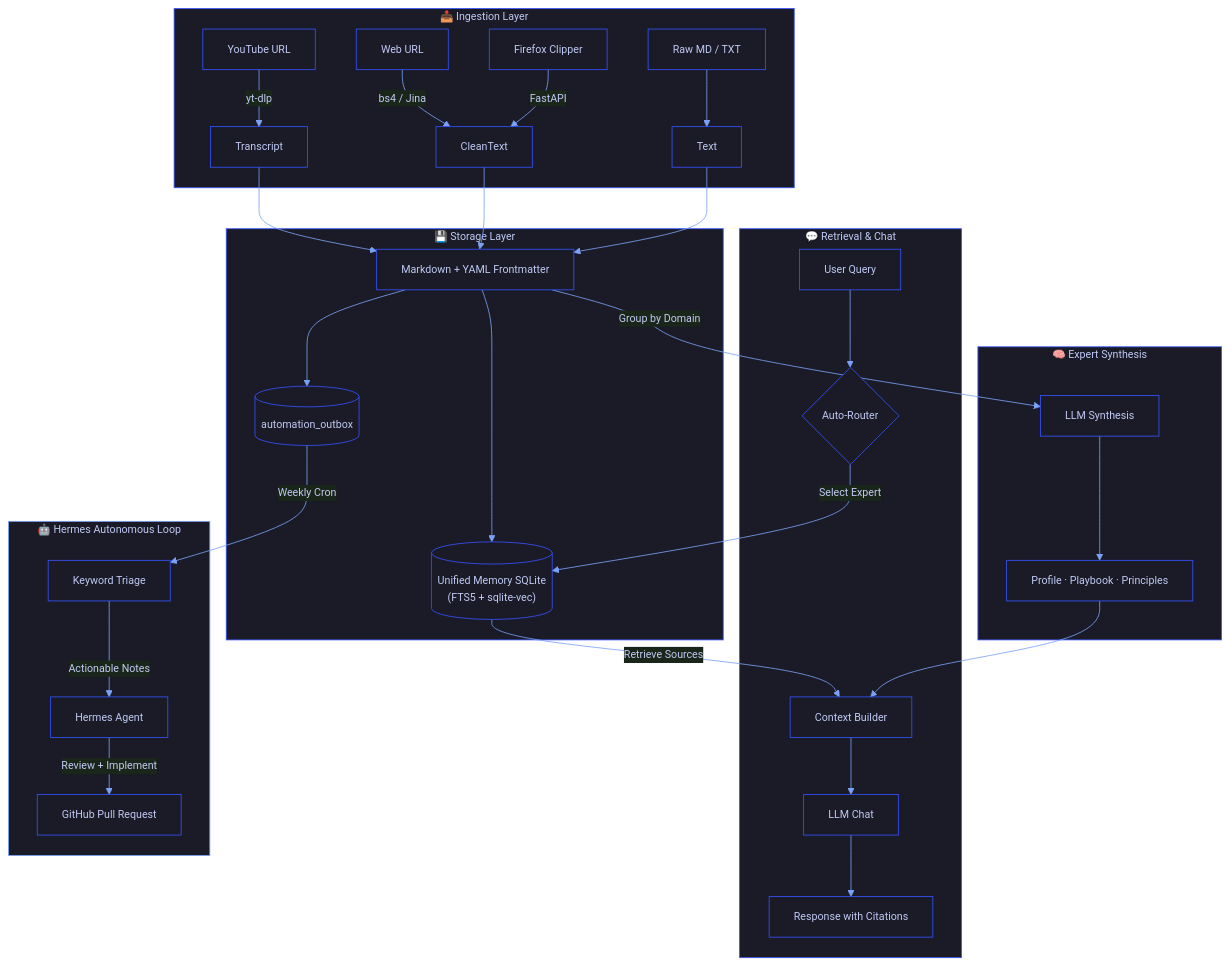
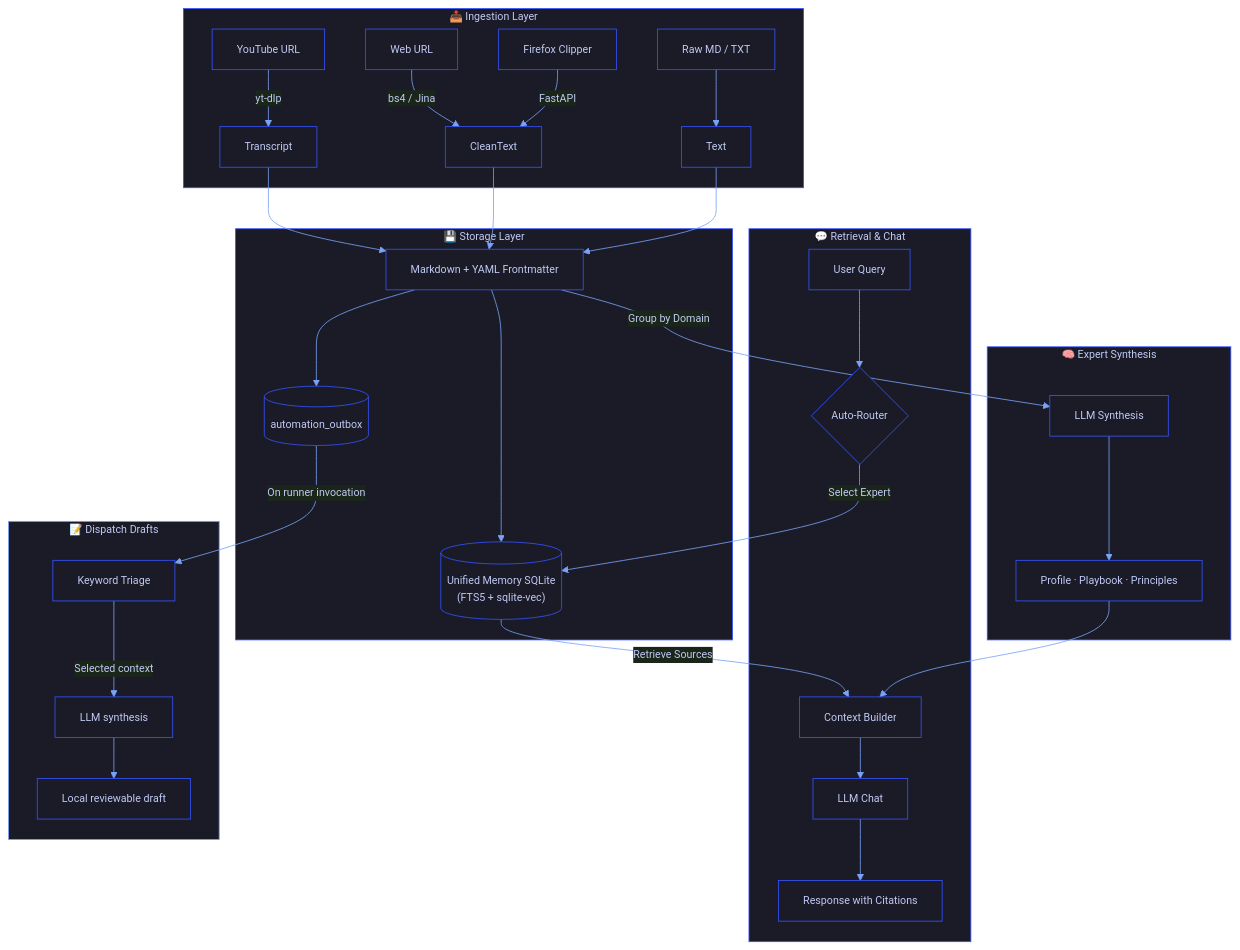
One commit to s-mberli/LifeOS changed the diagram in README.md. Above: the diagram before and after it, drawn with Mermaid. The commit also changed other lines of this file and 39 other files, not shown here.

````diff
--- a/README.md
+++ b/README.md
@@ -106,44 +88,44 @@
 ```mermaid
 %%{init: {'theme':'base','themeVariables':{'primaryColor':'#1a1b26','primaryTextColor':'#c0caf5','primaryBorderColor':'#3553ff','lineColor':'#7aa2f7','fontFamily':'monospace','fontSize':'13px'}}}%%
 flowchart TB
     subgraph Ingestion["📥 Ingestion Layer"]
         YT["YouTube URL"] --> |yt-dlp| Transcript
         Web["Web URL"] --> |bs4 / Jina| CleanText
         Clip["Firefox Clipper"] --> |FastAPI| CleanText
         Raw["Raw MD / TXT"] --> Text
     end
 
     subgraph Storage["💾 Storage Layer"]
         Transcript --> MD["Markdown + YAML Frontmatter"]
         CleanText --> MD
         Text --> MD
         MD --> DB[("Unified Memory SQLite<br>(FTS5 + sqlite-vec)")]
         MD --> Outbox[("automation_outbox")]
     end
 
     subgraph Experts["🧠 Expert Synthesis"]
         MD --> |Group by Domain| Synthesis["LLM Synthesis"]
         Synthesis --> Profile["Profile · Playbook · Principles"]
     end
 
     subgraph Chat["💬 Retrieval & Chat"]
         Query["User Query"] --> Router{"Auto-Router"}
         Router --> |Select Expert| DB
         DB --> |Retrieve Sources| Context["Context Builder"]
         Profile --> Context
         Context --> LLM["LLM Chat"]
         LLM --> Response["Response with Citations"]
     end
 
-    subgraph Hermes["🤖 Hermes Autonomous Loop"]
-        Outbox --> |Weekly Cron| Triage["Keyword Triage"]
-        Triage --> |Actionable Notes| Agent["Hermes Agent"]
-        Agent --> |Review + Implement| PR["GitHub Pull Request"]
+    subgraph Drafts["📝 Dispatch Drafts"]
+        Outbox --> |On runner invocation| Triage["Keyword Triage"]
+        Triage --> |Selected context| LLM2["LLM synthesis"]
+        LLM2 --> Draft["Local reviewable draft"]
     end
 
     style Ingestion fill:#1a1b26,stroke:#3553ff,color:#c0caf5
     style Storage fill:#1a1b26,stroke:#3553ff,color:#c0caf5
     style Experts fill:#1a1b26,stroke:#3553ff,color:#c0caf5
     style Chat fill:#1a1b26,stroke:#3553ff,color:#c0caf5
-    style Hermes fill:#1a1b26,stroke:#7aa2f7,color:#c0caf5
+    style Drafts fill:#1a1b26,stroke:#7aa2f7,color:#c0caf5
 ```
````
